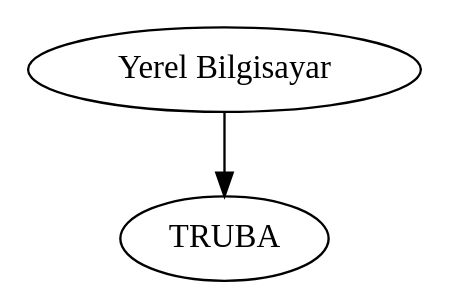
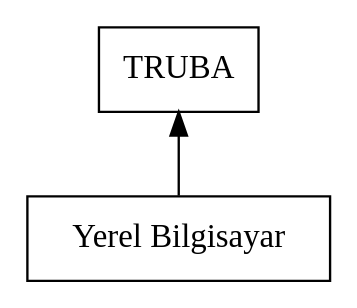
Before and after one commit to emrahkirdok/bioinformatics: the first of 2 diagrams in 00-setup/02-truba.qmd, drawn with Graphviz. The commit also changed other lines of this file, not shown here.

````diff
--- a/00-setup/02-truba.qmd
+++ b/00-setup/02-truba.qmd
@@ -13,5 +15,12 @@
 ```{dot}
+// | fig-label: fig-graph-1
+// | fig-cap: "Figs"
+// | fig-width: 100px
+// | fig-height: 100px
+// | column: margin
 digraph g{
+    rankdir = "BT";
+    node [shape = "rect"];
     "Yerel Bilgisayar" -> "TRUBA";
 }
 ```
````
